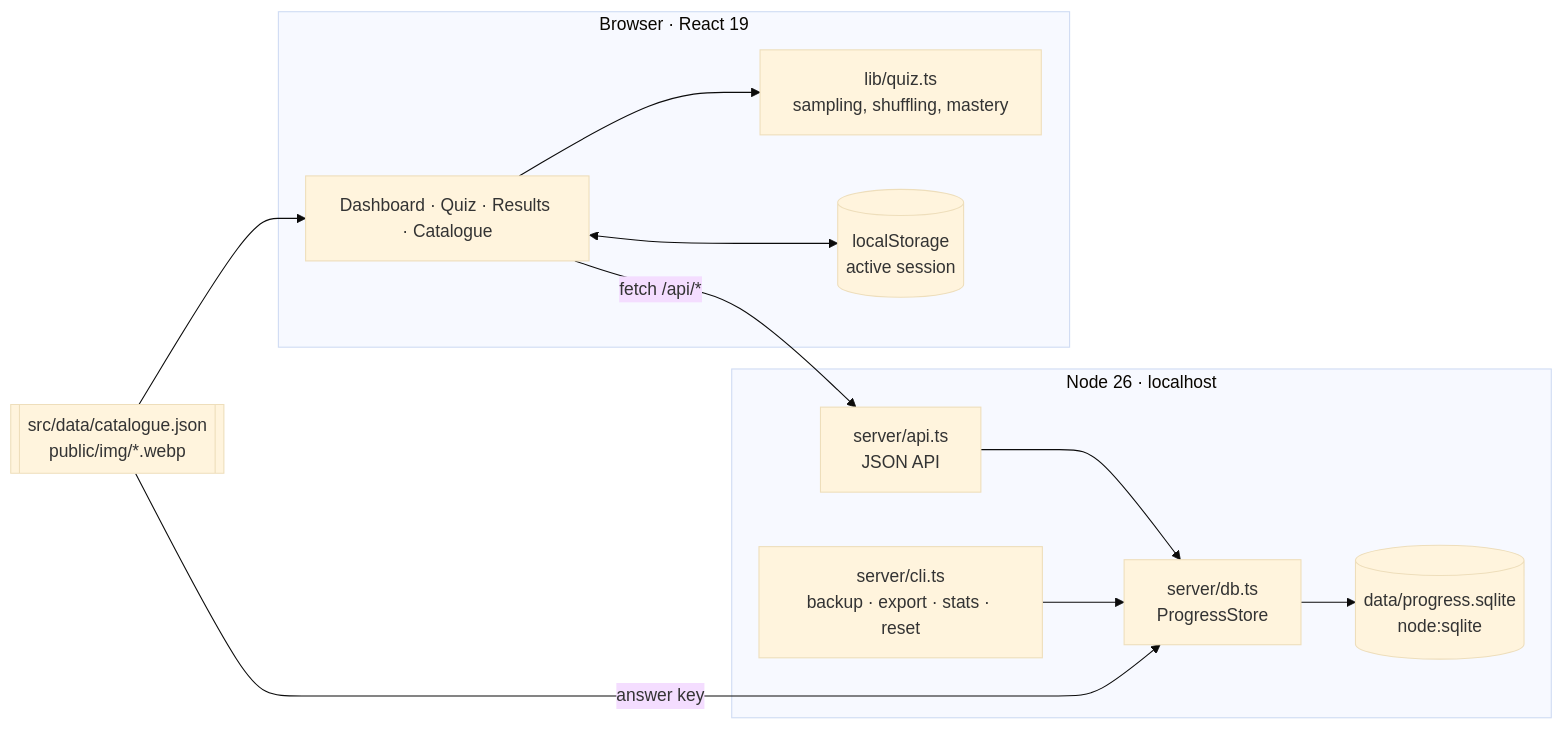
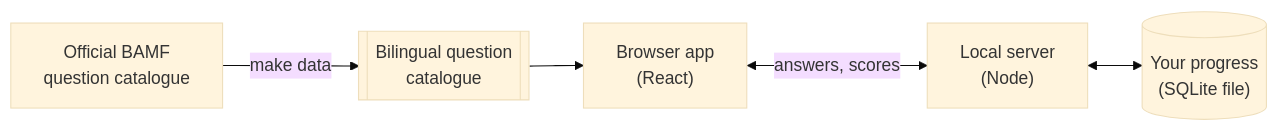
The first of 2 diagrams in README.md (IndrajeetPatil/einbuergerungstest), drawn with Mermaid (base theme) before and after one commit. The commit also changed other lines of this file and 6 other files, not shown here.

````diff
--- a/README.md
+++ b/README.md
@@ -57,25 +31,7 @@
 ```mermaid
 flowchart LR
-  subgraph Browser["Browser · React 19"]
-    UI["Dashboard · Quiz · Results · Catalogue"]
-    Logic["lib/quiz.ts<br/>sampling, shuffling, mastery"]
-    Local[("localStorage<br/>active session")]
-    UI --> Logic
-    UI <--> Local
-  end
-
-  subgraph Server["Node 26 · localhost"]
-    API["server/api.ts<br/>JSON API"]
-    Store["server/db.ts<br/>ProgressStore"]
-    DB[("data/progress.sqlite<br/>node:sqlite")]
-    CLI["server/cli.ts<br/>backup · export · stats · reset"]
-    API --> Store --> DB
-    CLI --> Store
-  end
-
-  Catalogue[["src/data/catalogue.json<br/>public/img/*.webp"]]
-
-  UI -- "fetch /api/*" --> API
-  Catalogue --> UI
-  Catalogue -- "answer key" --> Store
+  BAMF["Official BAMF<br/>question catalogue"] -- "make data" --> Catalogue[["Bilingual question<br/>catalogue"]]
+  Catalogue --> App["Browser app<br/>(React)"]
+  App <-- "answers, scores" --> Server["Local server<br/>(Node)"]
+  Server <--> DB[("Your progress<br/>(SQLite file)")]
 ```
````
